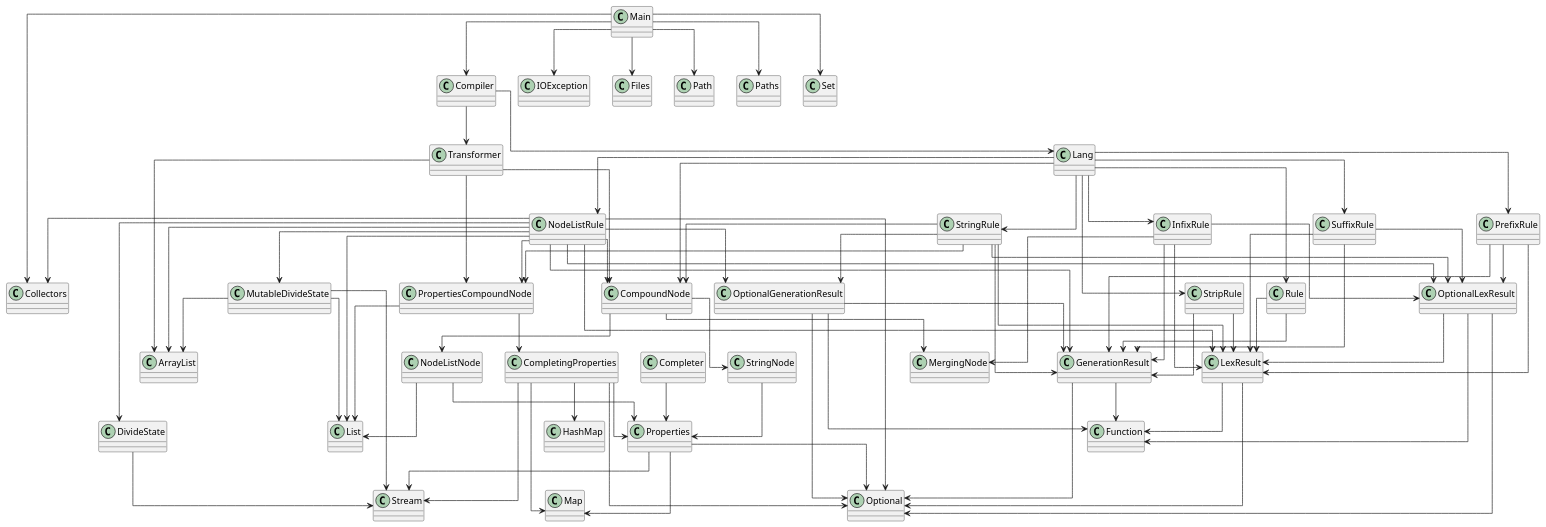
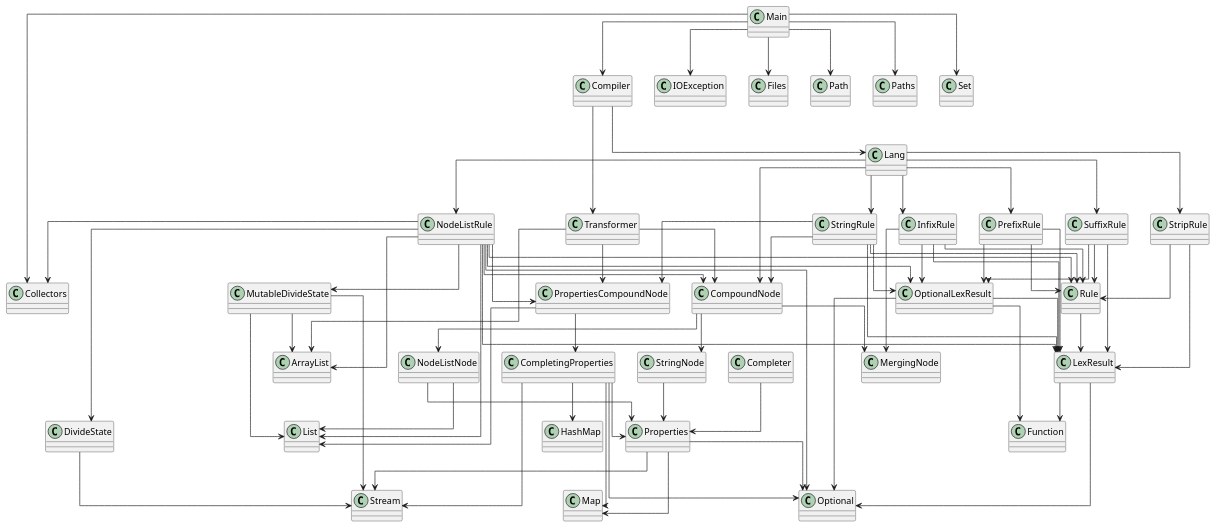
The diagram in diagram.puml (SirMathhman/Magma), drawn with PlantUML before and after one commit. The commit also changed 13 other files, not shown here.

```diff
--- a/diagram.puml
+++ b/diagram.puml
@@ -1,111 +1,100 @@
 @startuml
 skinparam linetype ortho
+class PropertiesCompoundNode
+PropertiesCompoundNode --> CompletingProperties
+PropertiesCompoundNode --> List
 class Transformer
 Transformer --> CompoundNode
 Transformer --> PropertiesCompoundNode
 Transformer --> ArrayList
+class MutableDivideState
+MutableDivideState --> ArrayList
+MutableDivideState --> List
+MutableDivideState --> Stream
 class InfixRule
+InfixRule --> Rule
 InfixRule --> MergingNode
-InfixRule --> GenerationResult
 InfixRule --> LexResult
 InfixRule --> OptionalLexResult
 class NodeListRule
+NodeListRule --> Rule
 NodeListRule --> CompoundNode
 NodeListRule --> PropertiesCompoundNode
 NodeListRule --> DivideState
 NodeListRule --> MutableDivideState
-NodeListRule --> GenerationResult
 NodeListRule --> LexResult
-NodeListRule --> OptionalGenerationResult
 NodeListRule --> OptionalLexResult
 NodeListRule --> ArrayList
 NodeListRule --> List
 NodeListRule --> Optional
 NodeListRule --> Collectors
+class DivideState
+DivideState --> Stream
+class StripRule
+StripRule --> Rule
+StripRule --> LexResult
 class MergingNode
 class OptionalLexResult
 OptionalLexResult --> LexResult
 OptionalLexResult --> Optional
 OptionalLexResult --> Function
 class Properties
 Properties --> Map
 Properties --> Optional
 Properties --> Stream
 class StringRule
+StringRule --> Rule
 StringRule --> CompoundNode
 StringRule --> PropertiesCompoundNode
-StringRule --> GenerationResult
 StringRule --> LexResult
-StringRule --> OptionalGenerationResult
 StringRule --> OptionalLexResult
+class Rule
+Rule --> LexResult
 class Completer
 Completer --> Properties
 class PrefixRule
-PrefixRule --> GenerationResult
+PrefixRule --> Rule
 PrefixRule --> LexResult
 PrefixRule --> OptionalLexResult
+class NodeListNode
+NodeListNode --> Properties
+NodeListNode --> List
 class CompoundNode
 CompoundNode --> MergingNode
 CompoundNode --> NodeListNode
 CompoundNode --> StringNode
 class CompletingProperties
 CompletingProperties --> Properties
 CompletingProperties --> HashMap
 CompletingProperties --> Map
 CompletingProperties --> Optional
 CompletingProperties --> Stream
 class LexResult
 LexResult --> Optional
 LexResult --> Function
 class Lang
 Lang --> CompoundNode
 Lang --> NodeListRule
 Lang --> InfixRule
 Lang --> PrefixRule
-Lang --> Rule
 Lang --> StringRule
 Lang --> StripRule
 Lang --> SuffixRule
-class Compiler
-Compiler --> Lang
-Compiler --> Transformer
-class StringNode
-StringNode --> Properties
-class PropertiesCompoundNode
-PropertiesCompoundNode --> CompletingProperties
-PropertiesCompoundNode --> List
-class MutableDivideState
-MutableDivideState --> ArrayList
-MutableDivideState --> List
-MutableDivideState --> Stream
-class DivideState
-DivideState --> Stream
-class OptionalGenerationResult
-OptionalGenerationResult --> GenerationResult
-OptionalGenerationResult --> Optional
-OptionalGenerationResult --> Function
-class GenerationResult
-GenerationResult --> Optional
-GenerationResult --> Function
-class StripRule
-StripRule --> GenerationResult
-StripRule --> LexResult
-class NodeListNode
-NodeListNode --> Properties
-NodeListNode --> List
 class Main
 Main --> Compiler
 Main --> IOException
 Main --> Files
 Main --> Path
 Main --> Paths
 Main --> Set
 Main --> Collectors
-class Rule
-Rule --> GenerationResult
-Rule --> LexResult
 class SuffixRule
-SuffixRule --> GenerationResult
+SuffixRule --> Rule
 SuffixRule --> LexResult
 SuffixRule --> OptionalLexResult
+class Compiler
+Compiler --> Lang
+Compiler --> Transformer
+class StringNode
+StringNode --> Properties
 @enduml
```
